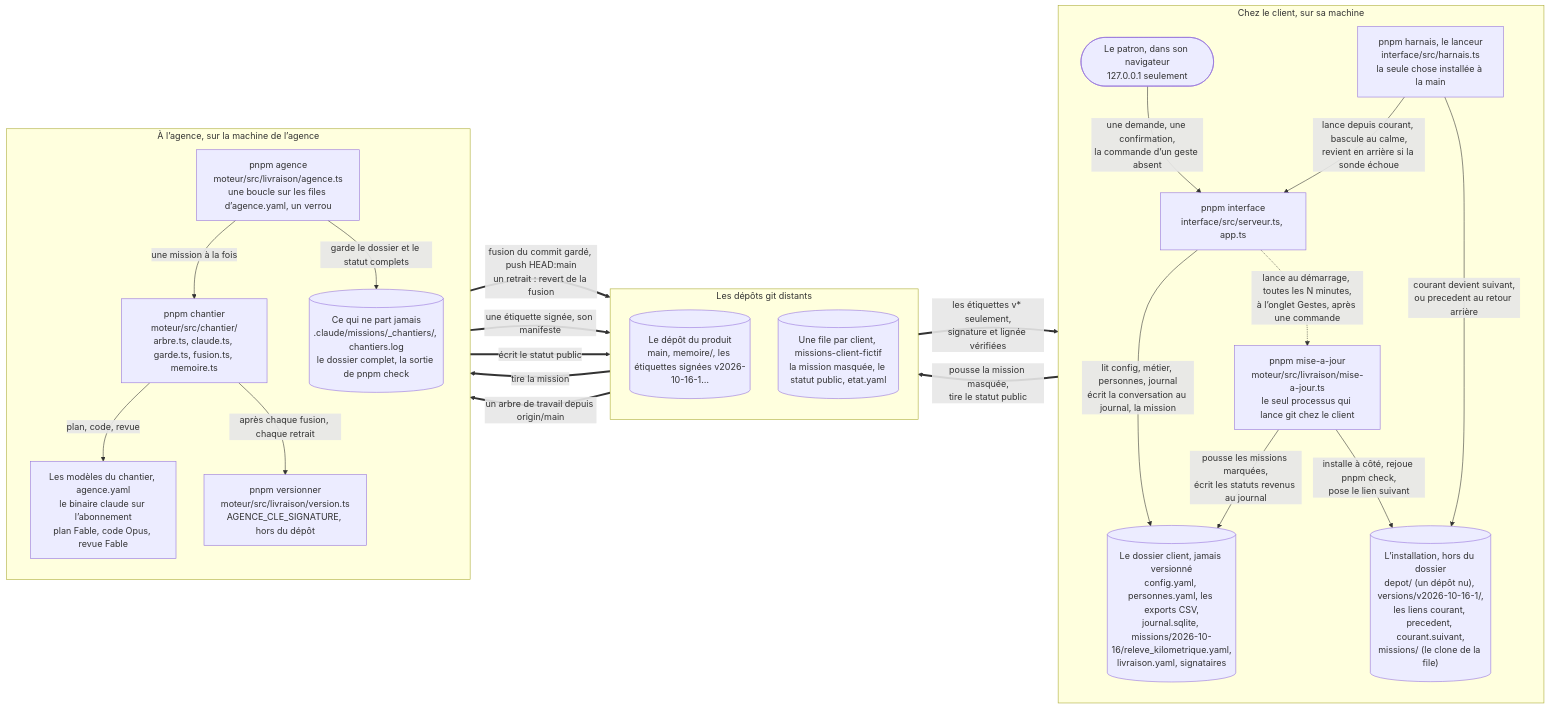
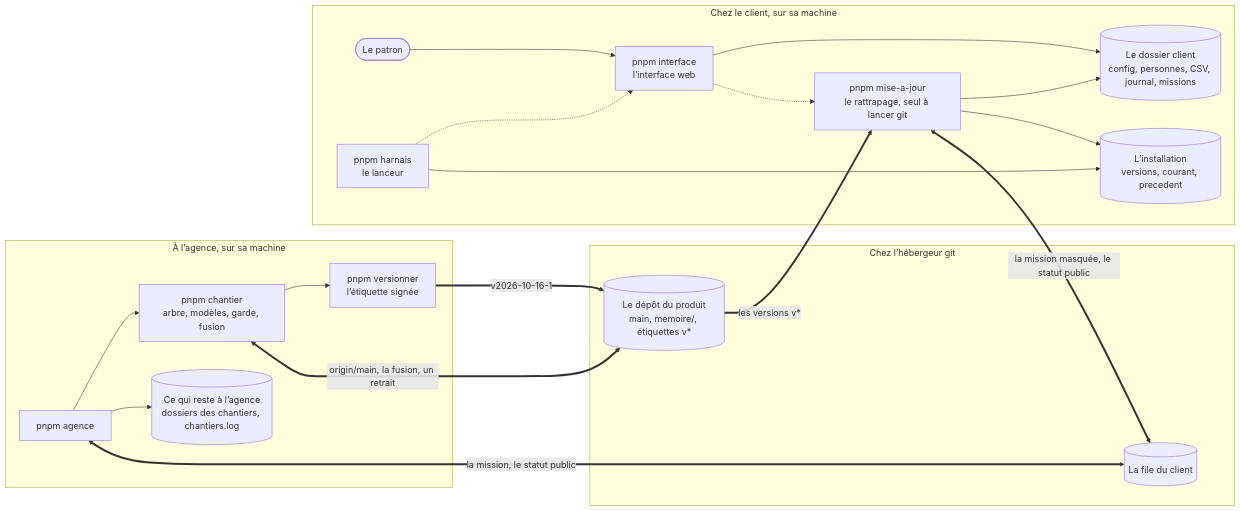
Before and after one commit to caracole-ai/agency-harness: the first of 4 diagrams in README.md, drawn with Mermaid. The commit also changed other lines of this file, not shown here.

````diff
--- a/README.md
+++ b/README.md
@@ -39,44 +38,25 @@
 ```mermaid
 flowchart LR
+  subgraph agence["À l’agence, sur sa machine"]
+    boucle["pnpm agence"] --> chantier["pnpm chantier<br>arbre, modèles, garde, fusion"] --> versionner["pnpm versionner<br>l’étiquette signée"]
+    boucle --> reste[("Ce qui reste à l’agence<br>dossiers des chantiers, chantiers.log")]
+  end
   subgraph client["Chez le client, sur sa machine"]
-    direction TB
-    patron(["Le patron, dans son navigateur<br>127.0.0.1 seulement"])
-    lanceur["pnpm harnais, le lanceur<br>interface/src/harnais.ts<br>la seule chose installée à la main"]
-    interface["pnpm interface<br>interface/src/serveur.ts, app.ts"]
-    maj["pnpm mise-a-jour<br>moteur/src/livraison/mise-a-jour.ts<br>le seul processus qui lance git chez le client"]
-    dossier[("Le dossier client, jamais versionné<br>config.yaml, personnes.yaml, les exports CSV,<br>journal.sqlite, missions/2026-10-16/releve_kilometrique.yaml,<br>livraison.yaml, signataires")]
-    installation[("L’installation, hors du dossier<br>depot/ (un dépôt nu), versions/v2026-10-16-1/,<br>les liens courant, precedent, courant.suivant,<br>missions/ (le clone de la file)")]
+    patron(["Le patron"]) --> interface["pnpm interface<br>l’interface web"]
+    lanceur["pnpm harnais<br>le lanceur"] -.-> interface
+    interface -.-> maj["pnpm mise-a-jour<br>le rattrapage, seul à lancer git"]
+    interface --> dossier[("Le dossier client<br>config, personnes, CSV, journal, missions")]
+    maj --> dossier
+    maj --> installation[("L’installation<br>versions, courant, precedent")]
+    lanceur --> installation
   end
-  subgraph git["Les dépôts git distants"]
-    direction TB
-    produit[("Le dépôt du produit<br>main, memoire/, les étiquettes signées v2026-10-16-1…")]
-    file[("Une file par client, missions-client-fictif<br>la mission masquée, le statut public, etat.yaml")]
+  subgraph depots["Chez l’hébergeur git"]
+    file[("La file du client")]
+    produit[("Le dépôt du produit<br>main, memoire/, étiquettes v*")]
   end
-  subgraph agence["À l’agence, sur la machine de l’agence"]
-    direction TB
-    boucle["pnpm agence<br>moteur/src/livraison/agence.ts<br>une boucle sur les files d’agence.yaml, un verrou"]
-    chantier["pnpm chantier<br>moteur/src/chantier/<br>arbre.ts, claude.ts, garde.ts, fusion.ts, memoire.ts"]
-    modeles["Les modèles du chantier, agence.yaml<br>le binaire claude sur l’abonnement<br>plan Fable, code Opus, revue Fable"]
-    versionner["pnpm versionner<br>moteur/src/livraison/version.ts<br>AGENCE_CLE_SIGNATURE, hors du dépôt"]
-    reste[("Ce qui ne part jamais<br>.claude/missions/_chantiers/, chantiers.log<br>le dossier complet, la sortie de pnpm check")]
-  end
-
-  patron -- "une demande, une confirmation,<br>la commande d’un geste absent" --> interface
-  lanceur -- "lance depuis courant, bascule au calme,<br>revient en arrière si la sonde échoue" --> interface
-  interface -- "lit config, métier, personnes, journal<br>écrit la conversation au journal, la mission" --> dossier
-  interface -. "lance au démarrage, toutes les N minutes,<br>à l’onglet Gestes, après une commande" .-> maj
-  maj -- "pousse les missions marquées,<br>écrit les statuts revenus au journal" --> dossier
-  maj -- "installe à côté, rejoue pnpm check,<br>pose le lien suivant" --> installation
-  lanceur -- "courant devient suivant,<br>ou precedent au retour arrière" --> installation
-  maj == "pousse la mission masquée,<br>tire le statut public" ==> file
-  produit == "les étiquettes v* seulement,<br>signature et lignée vérifiées" ==> maj
-  file == "tire la mission" ==> boucle
-  boucle -- "une mission à la fois" --> chantier
-  chantier -- "plan, code, revue" --> modeles
-  produit == "un arbre de travail depuis origin/main" ==> chantier
-  chantier == "fusion du commit gardé, push HEAD:main<br>un retrait : revert de la fusion" ==> produit
-  chantier -- "après chaque fusion, chaque retrait" --> versionner
-  versionner == "une étiquette signée, son manifeste" ==> produit
-  boucle == "écrit le statut public" ==> file
-  boucle -- "garde le dossier et le statut complets" --> reste
+  maj <== "la mission masquée, le statut public" ==> file
+  file <== "la mission, le statut public" ==> boucle
+  produit == "les versions v*" ==> maj
+  produit <== "origin/main, la fusion, un retrait" ==> chantier
+  versionner == "v2026-10-16-1" ==> produit
 ```
````
